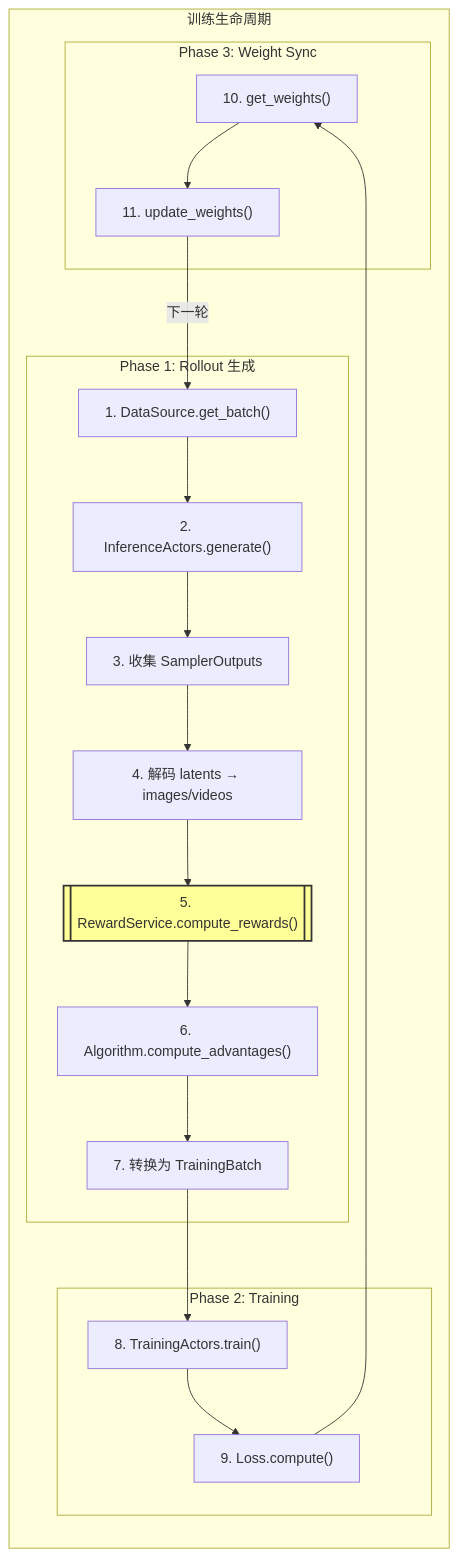
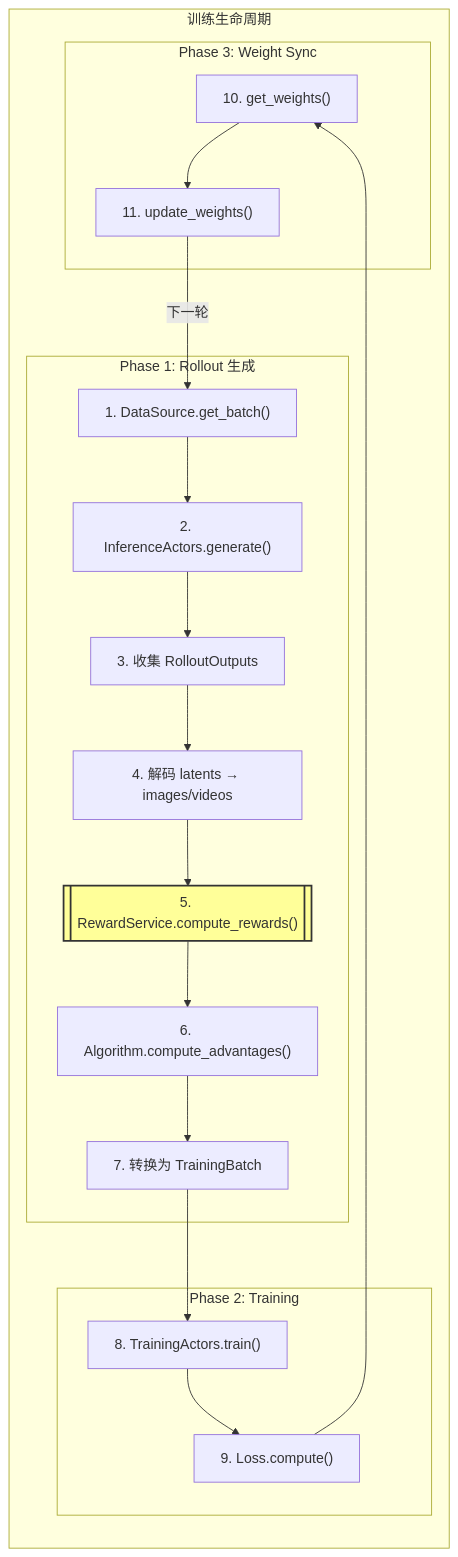
Before and after one commit to celve/unirl: diagram 20 of 27 in docs/Diffusion_RL_Design_Analysis.md, drawn with Mermaid. The commit also changed other lines of this file and 155 other files, not shown here.

First line of the commit message:
refactor: simplify entry points and align with slime architecture

````diff
--- a/docs/Diffusion_RL_Design_Analysis.md
+++ b/docs/Diffusion_RL_Design_Analysis.md
@@ -2320,31 +2319,31 @@
 ```mermaid
 flowchart TB
     subgraph Lifecycle["训练生命周期"]
         direction TB
 
         subgraph Phase1["Phase 1: Rollout 生成"]
             A1["1. DataSource.get_batch()"] --> A2["2. InferenceActors.generate()"]
-            A2 --> A3["3. 收集 SamplerOutputs"]
+            A2 --> A3["3. 收集 RolloutOutputs"]
             A3 --> A4["4. 解码 latents → images/videos"]
             A4 --> A5[["5. RewardService.compute_rewards()"]]
             A5 --> A6["6. Algorithm.compute_advantages()"]
             A6 --> A7["7. 转换为 TrainingBatch"]
         end
 
         subgraph Phase2["Phase 2: Training"]
             B1["8. TrainingActors.train()"]
             B1 --> B2["9. Loss.compute()"]
         end
 
         subgraph Phase3["Phase 3: Weight Sync"]
             C1["10. get_weights()"]
             C1 --> C2["11. update_weights()"]
         end
 
         A7 --> B1
         B2 --> C1
         C2 -->|"下一轮"| A1
     end
 
     style A5 fill:#ff9,stroke:#333,stroke-width:2px
 ```
````
